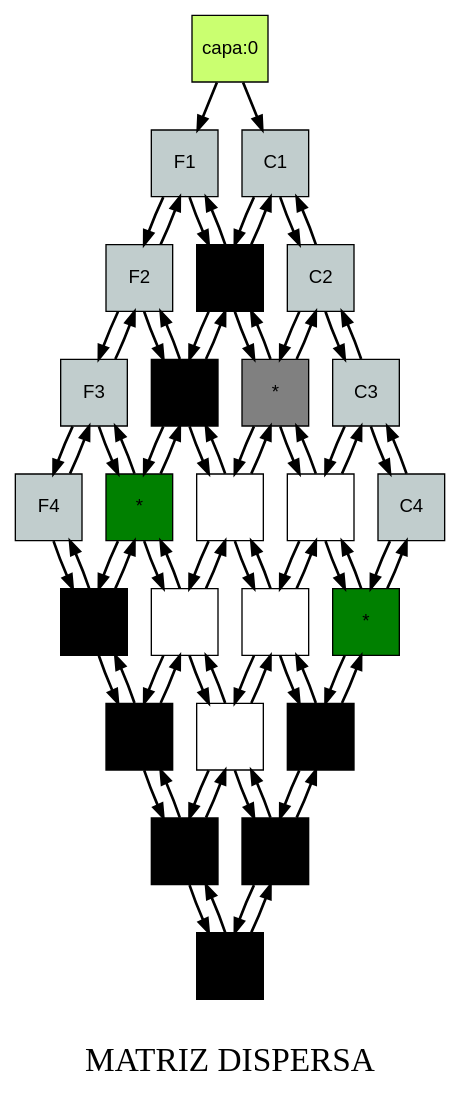
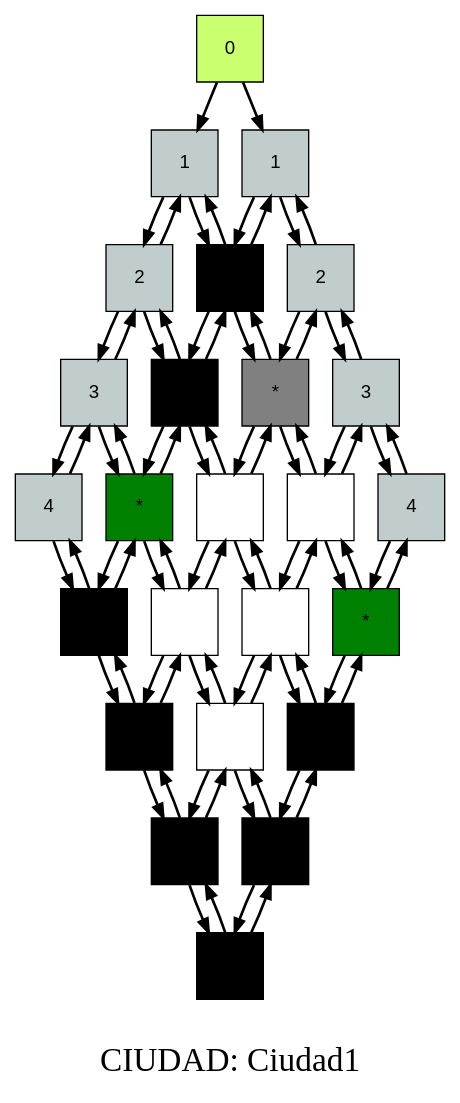
Before and after one commit to daniel17github/IPC2_PROYECTOO2_201513677: the diagram in matriz_Ciudad1.dot, drawn with Graphviz. The commit also changed 5 other files, not shown here.

```diff
--- a/matriz_Ciudad1.dot
+++ b/matriz_Ciudad1.dot
@@ -1,113 +1,113 @@
 digraph G{
     node[shape=box, width=0.7, height=0.7, fontname="Arial", fillcolor="white", style=filled]
     edge[style = "bold"]
-    node[label = "capa:0" fillcolor="darkolivegreen1" pos = "-1,1!"]raiz;label = "
-MATRIZ DISPERSA" 
+    node[label = "0" fillcolor="darkolivegreen1" pos = "-1,1!"]raiz;label = "
+CIUDAD: Ciudad1" 
 fontname="Arial Black" 
 fontsize="25pt" 
 
                     
 
-	node[label = "F1" fillcolor="azure3" pos="-1,-0!" shape=box]x1;
-	node[label = "F2" fillcolor="azure3" pos="-1,-1!" shape=box]x2;
-	node[label = "F3" fillcolor="azure3" pos="-1,-2!" shape=box]x3;
-	node[label = "F4" fillcolor="azure3" pos="-1,-3!" shape=box]x4;
+	node[label = "1" fillcolor="azure3" pos="-1,-0!" shape=box]x1;
+	node[label = "2" fillcolor="azure3" pos="-1,-1!" shape=box]x2;
+	node[label = "3" fillcolor="azure3" pos="-1,-2!" shape=box]x3;
+	node[label = "4" fillcolor="azure3" pos="-1,-3!" shape=box]x4;
 	x1->x2;
 	x1->x2[dir=back];
 	x2->x3;
 	x2->x3[dir=back];
 	x3->x4;
 	x3->x4[dir=back];
 	raiz->x1;
-	node[label = "C1" fillcolor="azure3" pos = "0,1!" shape=box]y1;
-	node[label = "C2" fillcolor="azure3" pos = "1,1!" shape=box]y2;
-	node[label = "C3" fillcolor="azure3" pos = "2,1!" shape=box]y3;
-	node[label = "C4" fillcolor="azure3" pos = "3,1!" shape=box]y4;
+	node[label = "1" fillcolor="azure3" pos = "0,1!" shape=box]y1;
+	node[label = "2" fillcolor="azure3" pos = "1,1!" shape=box]y2;
+	node[label = "3" fillcolor="azure3" pos = "2,1!" shape=box]y3;
+	node[label = "4" fillcolor="azure3" pos = "3,1!" shape=box]y4;
 	y1->y2;
 	y1->y2[dir=back];
 	y2->y3;
 	y2->y3[dir=back];
 	y3->y4;
 	y3->y4[dir=back];
 	raiz->y1;
 	node[label="*" fillcolor="black" pos="0,-0!" shape=box]i1_1;
 	node[label="*" fillcolor="gray" pos="1,-0!" shape=box]i1_2;
 	node[label=" " fillcolor="white" pos="2,-0!" shape=box]i1_3;
 	node[label="*" fillcolor="green" pos="3,-0!" shape=box]i1_4;
 	i1_1->i1_2;
 	i1_1->i1_2[dir=back];
 	i1_2->i1_3;
 	i1_2->i1_3[dir=back];
 	i1_3->i1_4;
 	i1_3->i1_4[dir=back];
 	x1->i1_1;
 	x1->i1_1[dir=back];
 	node[label="*" fillcolor="black" pos="0,-1!" shape=box]i2_1;
 	node[label=" " fillcolor="white" pos="1,-1!" shape=box]i2_2;
 	node[label=" " fillcolor="white" pos="2,-1!" shape=box]i2_3;
 	node[label="*" fillcolor="black" pos="3,-1!" shape=box]i2_4;
 	i2_1->i2_2;
 	i2_1->i2_2[dir=back];
 	i2_2->i2_3;
 	i2_2->i2_3[dir=back];
 	i2_3->i2_4;
 	i2_3->i2_4[dir=back];
 	x2->i2_1;
 	x2->i2_1[dir=back];
 	node[label="*" fillcolor="green" pos="0,-2!" shape=box]i3_1;
 	node[label=" " fillcolor="white" pos="1,-2!" shape=box]i3_2;
 	node[label=" " fillcolor="white" pos="2,-2!" shape=box]i3_3;
 	node[label="*" fillcolor="black" pos="3,-2!" shape=box]i3_4;
 	i3_1->i3_2;
 	i3_1->i3_2[dir=back];
 	i3_2->i3_3;
 	i3_2->i3_3[dir=back];
 	i3_3->i3_4;
 	i3_3->i3_4[dir=back];
 	x3->i3_1;
 	x3->i3_1[dir=back];
 	node[label="*" fillcolor="black" pos="0,-3!" shape=box]i4_1;
 	node[label="*" fillcolor="black" pos="1,-3!" shape=box]i4_2;
 	node[label="*" fillcolor="black" pos="2,-3!" shape=box]i4_3;
 	node[label="*" fillcolor="black" pos="3,-3!" shape=box]i4_4;
 	i4_1->i4_2;
 	i4_1->i4_2[dir=back];
 	i4_2->i4_3;
 	i4_2->i4_3[dir=back];
 	i4_3->i4_4;
 	i4_3->i4_4[dir=back];
 	x4->i4_1;
 	x4->i4_1[dir=back];
 	i1_1->i2_1;
 	i1_1->i2_1[dir=back];
 	i2_1->i3_1;
 	i2_1->i3_1[dir=back];
 	i3_1->i4_1;
 	i3_1->i4_1[dir=back];
 	y1->i1_1;
 	y1->i1_1[dir=back];
 	i1_2->i2_2;
 	i1_2->i2_2[dir=back];
 	i2_2->i3_2;
 	i2_2->i3_2[dir=back];
 	i3_2->i4_2;
 	i3_2->i4_2[dir=back];
 	y2->i1_2;
 	y2->i1_2[dir=back];
 	i1_3->i2_3;
 	i1_3->i2_3[dir=back];
 	i2_3->i3_3;
 	i2_3->i3_3[dir=back];
 	i3_3->i4_3;
 	i3_3->i4_3[dir=back];
 	y3->i1_3;
 	y3->i1_3[dir=back];
 	i1_4->i2_4;
 	i1_4->i2_4[dir=back];
 	i2_4->i3_4;
 	i2_4->i3_4[dir=back];
 	i3_4->i4_4;
 	i3_4->i4_4[dir=back];
 	y4->i1_4;
 	y4->i1_4[dir=back];
 }
```
